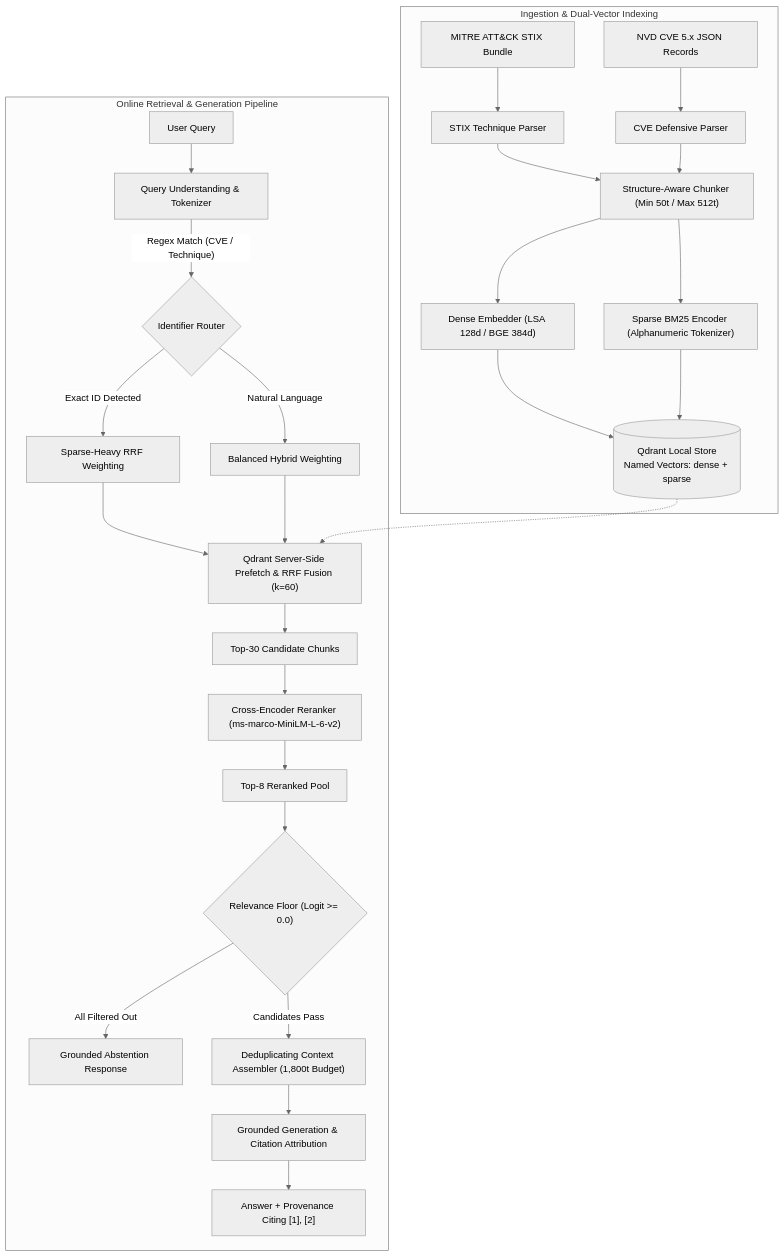
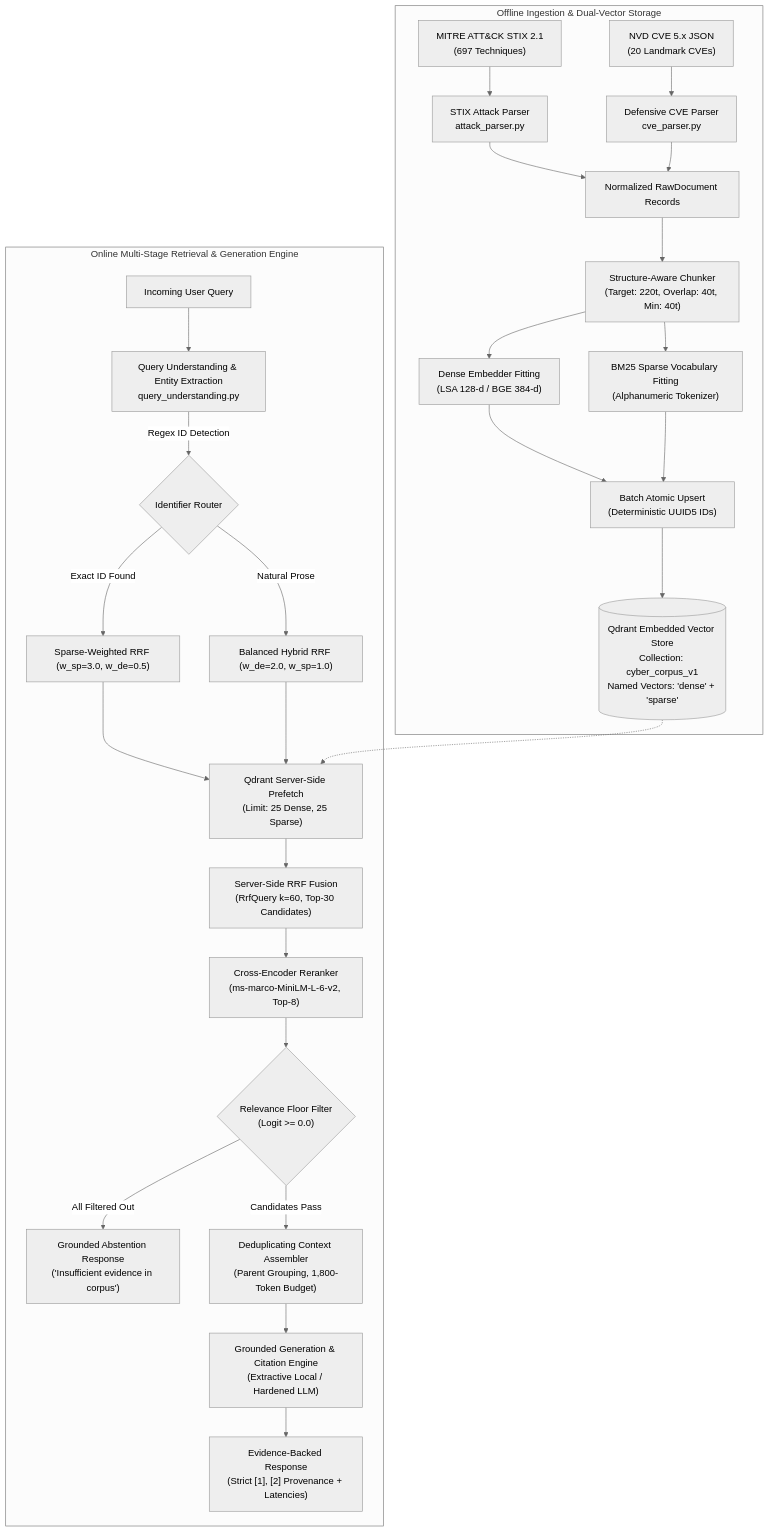
One commit to achyutranaut/hybrid-rag-over-niche-corpus changed the diagram in README.md. Above: the diagram before and after it, drawn with Mermaid (neutral theme). The commit also changed other lines of this file, not shown here.

````diff
--- a/README.md
+++ b/README.md
@@ -79,28 +145,30 @@
 ```mermaid
 flowchart TD
-    subgraph Ingestion ["Ingestion & Dual-Vector Indexing"]
-        A1["MITRE ATT&CK STIX Bundle"] --> B1["STIX Technique Parser"]
-        A2["NVD CVE 5.x JSON Records"] --> B2["CVE Defensive Parser"]
-        B1 & B2 --> C["Structure-Aware Chunker (Min 50t / Max 512t)"]
-        C --> D1["Dense Embedder (LSA 128d / BGE 384d)"]
-        C --> D2["Sparse BM25 Encoder (Alphanumeric Tokenizer)"]
-        D1 & D2 --> E[("Qdrant Local Store<br/>Named Vectors: dense + sparse")]
+    subgraph INGESTION ["Offline Ingestion & Dual-Vector Storage"]
+        STIX["MITRE ATT&CK STIX 2.1<br/>(697 Techniques)"] --> PARSE_ATTACK["STIX Attack Parser<br/>attack_parser.py"]
+        CVE_JSON["NVD CVE 5.x JSON<br/>(20 Landmark CVEs)"] --> PARSE_CVE["Defensive CVE Parser<br/>cve_parser.py"]
+        PARSE_ATTACK --> NORM["Normalized RawDocument Records"]
+        PARSE_CVE --> NORM
+        NORM --> CHUNK["Structure-Aware Chunker<br/>(Target: 220t, Overlap: 40t, Min: 40t)"]
+        CHUNK --> FIT_DENSE["Dense Embedder Fitting<br/>(LSA 128-d / BGE 384-d)"]
+        CHUNK --> FIT_SPARSE["BM25 Sparse Vocabulary Fitting<br/>(Alphanumeric Tokenizer)"]
+        FIT_DENSE & FIT_SPARSE --> UPSERT["Batch Atomic Upsert<br/>(Deterministic UUID5 IDs)"]
+        UPSERT --> QDRANT[("Qdrant Embedded Vector Store<br/>Collection: cyber_corpus_v1<br/>Named Vectors: 'dense' + 'sparse'")]
     end
 
-    subgraph Runtime ["Online Retrieval & Generation Pipeline"]
-        Q["User Query"] --> QU["Query Understanding & Tokenizer"]
-        QU -->|"Regex Match (CVE / Technique)"| QR{"Identifier Router"}
-        QR -->|"Exact ID Detected"| S1["Sparse-Heavy RRF Weighting"]
-        QR -->|"Natural Language"| S2["Balanced Hybrid Weighting"]
-        S1 & S2 --> QDRANT["Qdrant Server-Side Prefetch & RRF Fusion (k=60)"]
-        E -.-> QDRANT
-        QDRANT --> TOP30["Top-30 Candidate Chunks"]
-        TOP30 --> RERANK["Cross-Encoder Reranker (ms-marco-MiniLM-L-6-v2)"]
-        RERANK --> TOP8["Top-8 Reranked Pool"]
-        TOP8 --> FLOOR{"Relevance Floor (Logit >= 0.0)"}
-        FLOOR -->|"All Filtered Out"| ABSTAIN["Grounded Abstention Response"]
-        FLOOR -->|"Candidates Pass"| CTX["Deduplicating Context Assembler (1,800t Budget)"]
-        CTX --> GEN["Grounded Generation & Citation Attribution"]
-        GEN --> OUT["Answer + Provenance Citing [1], [2]"]
+    subgraph RUNTIME ["Online Multi-Stage Retrieval & Generation Engine"]
+        QUERY["Incoming User Query"] --> QU["Query Understanding & Entity Extraction<br/>query_understanding.py"]
+        QU -->|"Regex ID Detection"| ROUTE{"Identifier Router"}
+        ROUTE -->|"Exact ID Found"| WEIGHT_SPARSE["Sparse-Weighted RRF (w_sp=3.0, w_de=0.5)"]
+        ROUTE -->|"Natural Prose"| WEIGHT_HYBRID["Balanced Hybrid RRF (w_de=2.0, w_sp=1.0)"]
+        WEIGHT_SPARSE & WEIGHT_HYBRID --> PREFETCH["Qdrant Server-Side Prefetch<br/>(Limit: 25 Dense, 25 Sparse)"]
+        QDRANT -.-> PREFETCH
+        PREFETCH --> RRF_EXEC["Server-Side RRF Fusion<br/>(RrfQuery k=60, Top-30 Candidates)"]
+        RRF_EXEC --> RERANK["Cross-Encoder Reranker<br/>(ms-marco-MiniLM-L-6-v2, Top-8)"]
+        RERANK --> FLOOR{"Relevance Floor Filter<br/>(Logit >= 0.0)"}
+        FLOOR -->|"All Filtered Out"| ABSTAIN["Grounded Abstention Response<br/>('Insufficient evidence in corpus')"]
+        FLOOR -->|"Candidates Pass"| CTX["Deduplicating Context Assembler<br/>(Parent Grouping, 1,800-Token Budget)"]
+        CTX --> GEN["Grounded Generation & Citation Engine<br/>(Extractive Local / Hardened LLM)"]
+        GEN --> OUTPUT["Evidence-Backed Response<br/>(Strict [1], [2] Provenance + Latencies)"]
     end
 ```
````
